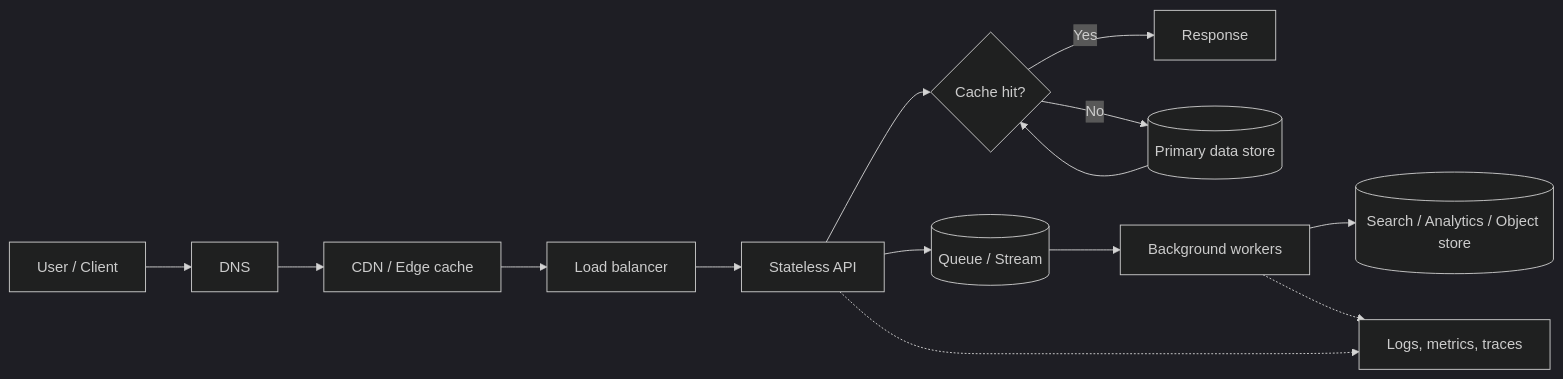
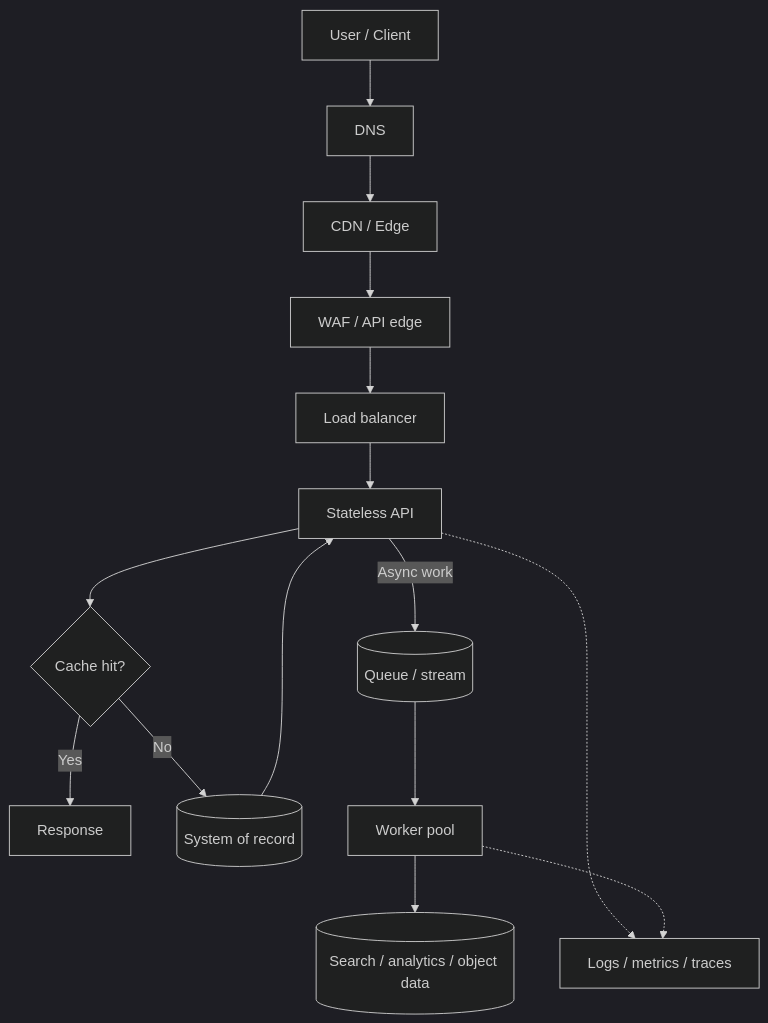
Before and after one commit to luckyhegde6/HLD_patterns: the first of 3 diagrams in fundamentals/README.md, drawn with Mermaid (dark theme). The commit also changed other lines of this file, not shown here.

````diff
--- a/fundamentals/README.md
+++ b/fundamentals/README.md
@@ -7,16 +7,17 @@
 ```mermaid
-flowchart LR
+flowchart TB
   U[User / Client] --> DNS[DNS]
-  DNS --> CDN[CDN / Edge cache]
-  CDN --> LB[Load balancer]
+  DNS --> CDN[CDN / Edge]
+  CDN --> WAF[WAF / API edge]
+  WAF --> LB[Load balancer]
   LB --> API[Stateless API]
-  API --> C{Cache hit?}
-  C -->|Yes| R[Response]
-  C -->|No| DB[(Primary data store)]
-  DB --> C
-  API --> Q[(Queue / Stream)]
-  Q --> W[Background workers]
-  W --> S[(Search / Analytics / Object store)]
-  API -.-> O[Logs, metrics, traces]
-  W -.-> O
+  API --> CACHE{Cache hit?}
+  CACHE -->|Yes| RESP[Response]
+  CACHE -->|No| DB[(System of record)]
+  DB --> API
+  API -->|Async work| Q[(Queue / stream)]
+  Q --> W[Worker pool]
+  W --> DATA[(Search / analytics / object data)]
+  API -.-> OBS[Logs / metrics / traces]
+  W -.-> OBS
 ```
````
